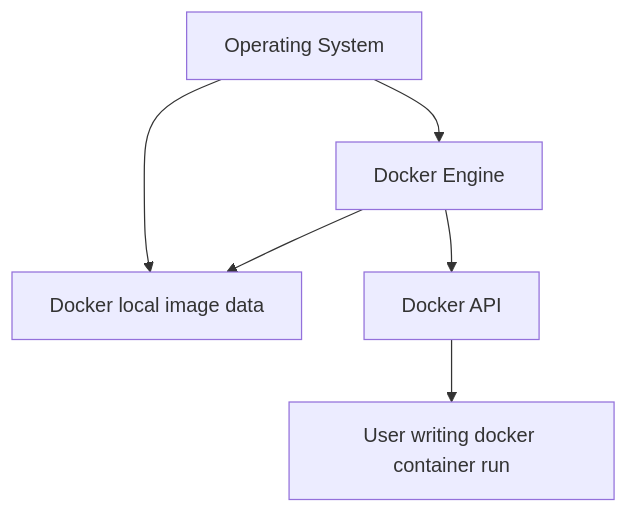
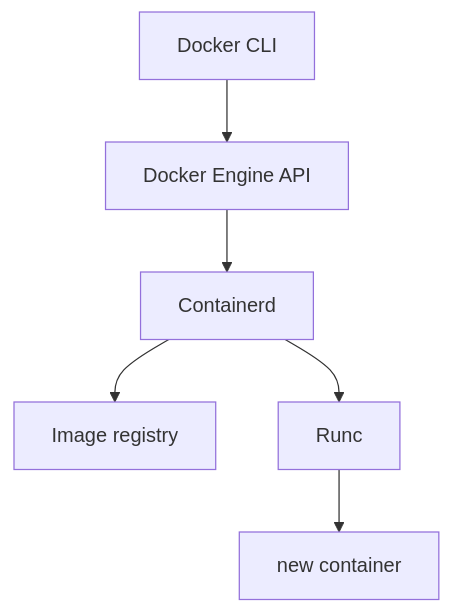
One commit to Mxkyp/mpawlos.com changed the diagram in content/Technical/Docker.md. Above: the diagram before and after it, drawn with Mermaid. The commit also changed other lines of this file and 11 other files, not shown here.

````diff
--- a/content/Technical/Docker.md
+++ b/content/Technical/Docker.md
@@ -22,8 +22,8 @@
 ```mermaid
 graph TD;
-A[Operating System]-->B[Docker Engine];
-A-->C[Docker local image data];
-B-->C;
-B-->D[Docker API];
-D-->E[User writing docker container run];
+A[Docker CLI]-->B[Docker Engine API];
+B-->C[Containerd];
+C-->D[Image registry];
+C-->E[Runc];
+E-->F[new container];
 ```
````
